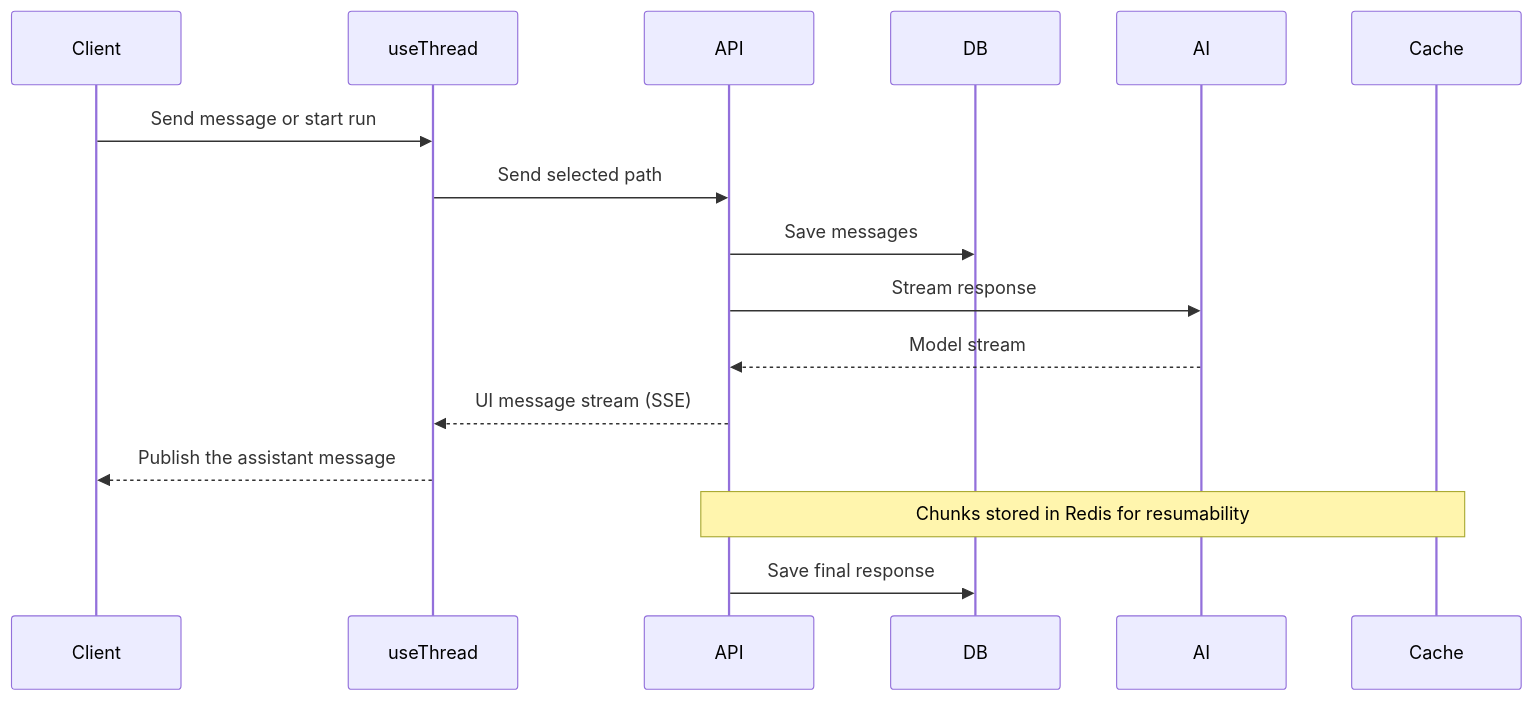
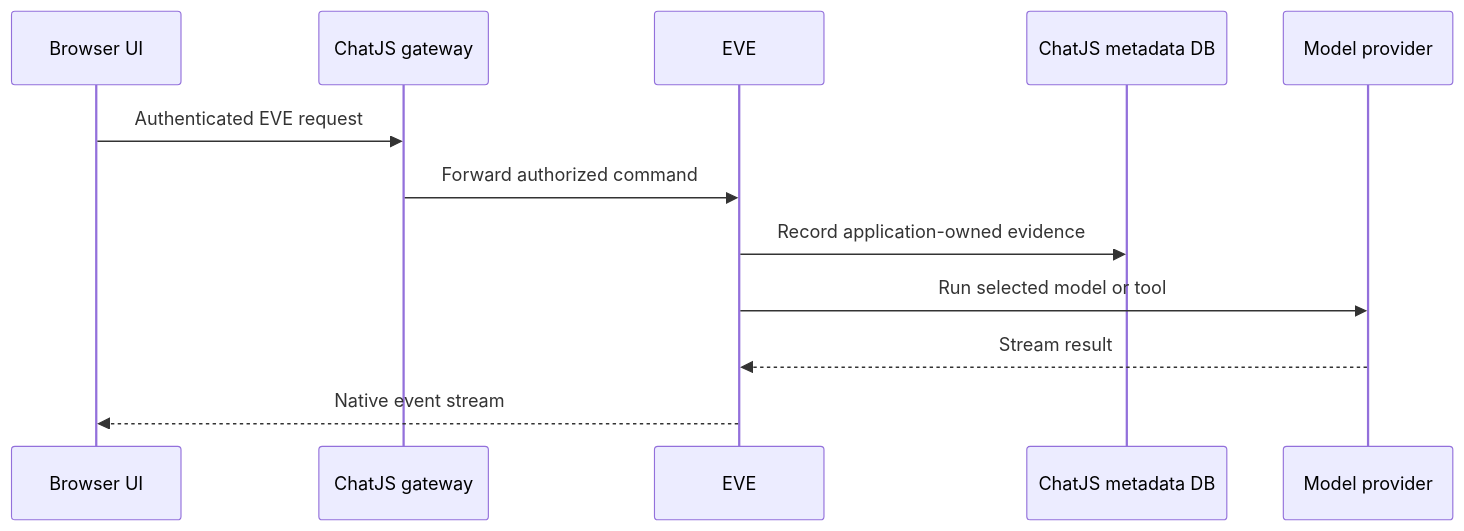
The second of 2 diagrams in apps/docs/core/architecture.mdx (FranciscoMoretti/chat-js), drawn with Mermaid before and after one commit. The commit also changed other lines of this file and 411 other files, not shown here.

Commit message:
Remove legacy ChatJS runtime and scaffold EVE-only apps

````diff
--- a/apps/docs/core/architecture.mdx
+++ b/apps/docs/core/architecture.mdx
@@ -33,18 +31,14 @@
 ```mermaid
 sequenceDiagram
-    participant Client
-    participant Thread as useThread
-    participant API
-    participant DB
-    participant AI
-    participant Cache
-    Client->>Thread: Send message or start run
-    Thread->>API: Send selected path
-    API->>DB: Save messages
-    API->>AI: Stream response
-    AI-->>API: Model stream
-    API-->>Thread: UI message stream (SSE)
-    Thread-->>Client: Publish the assistant message
-    Note over API,Cache: Chunks stored in Redis for resumability
-    API->>DB: Save final response
+    participant UI as Browser UI
+    participant Gateway as ChatJS gateway
+    participant Eve as EVE
+    participant DB as ChatJS metadata DB
+    participant AI as Model provider
+    UI->>Gateway: Authenticated EVE request
+    Gateway->>Eve: Forward authorized command
+    Eve->>DB: Record application-owned evidence
+    Eve->>AI: Run selected model or tool
+    AI-->>Eve: Stream result
+    Eve-->>UI: Native event stream
 ```
````
